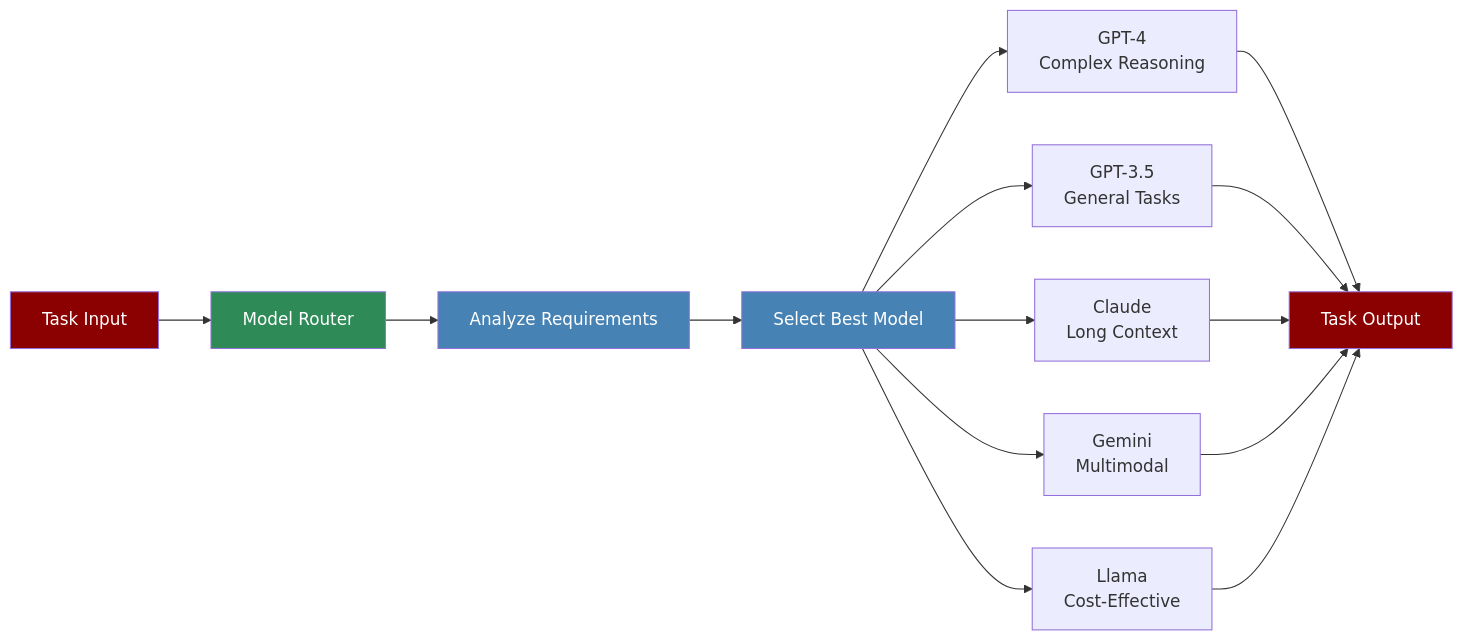
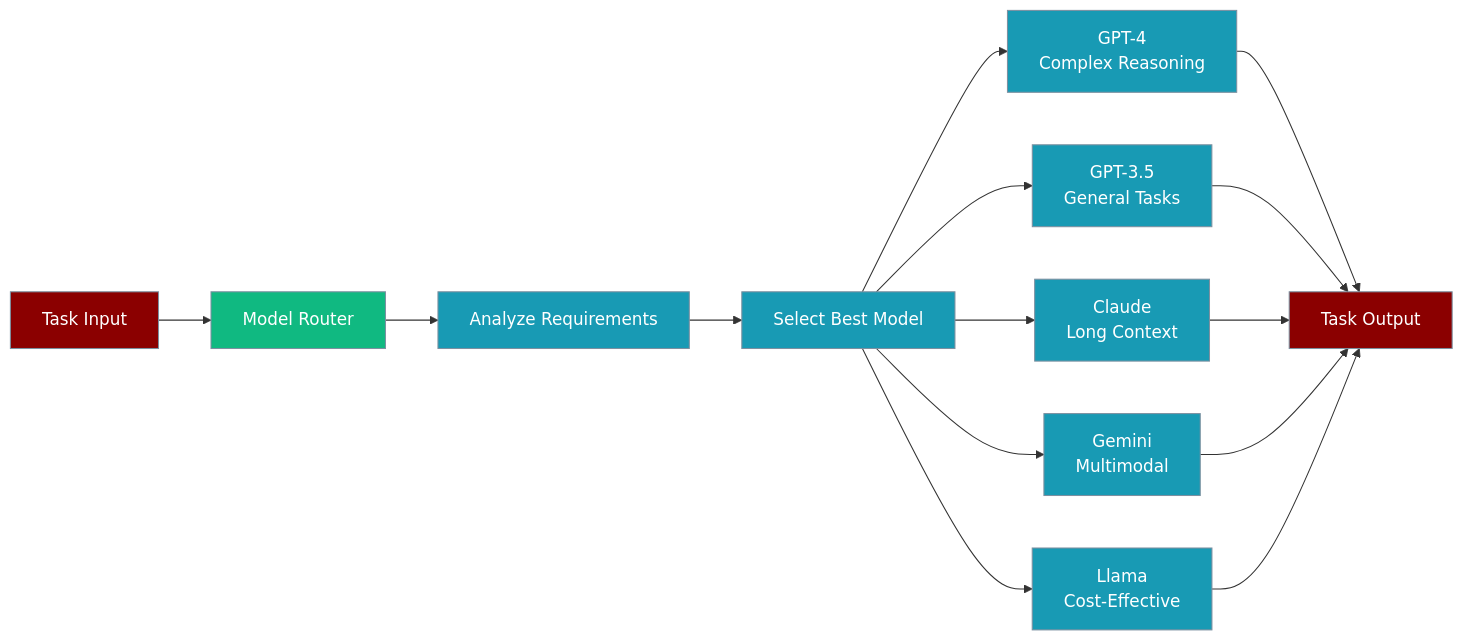
One commit to MervinPraison/PraisonAIDocs changed the diagram in docs/features/model-router.mdx. Above: the diagram before and after it, drawn with Mermaid. The commit also changed other lines of this file and 19 other files, not shown here.

````diff
--- a/docs/features/model-router.mdx
+++ b/docs/features/model-router.mdx
@@ -8,24 +17,25 @@
 ```mermaid
 flowchart LR
     Task[Task Input] --> Router[Model Router]
     Router --> Analyze[Analyze Requirements]
     Analyze --> Select[Select Best Model]
     
     Select --> GPT4[GPT-4<br/>Complex Reasoning]
     Select --> GPT35[GPT-3.5<br/>General Tasks]
     Select --> Claude[Claude<br/>Long Context]
     Select --> Gemini[Gemini<br/>Multimodal]
     Select --> Llama[Llama<br/>Cost-Effective]
     
     GPT4 --> Output[Task Output]
     GPT35 --> Output
     Claude --> Output
     Gemini --> Output
     Llama --> Output
     
-    style Task fill:#8B0000,color:#fff
-    style Router fill:#2E8B57,color:#fff
-    style Analyze fill:#4682B4,color:#fff
-    style Select fill:#4682B4,color:#fff
-    style Output fill:#8B0000,color:#fff
+    classDef agent fill:#8B0000,stroke:#7C90A0,color:#fff
+    classDef tool fill:#189AB4,stroke:#7C90A0,color:#fff
+    classDef route fill:#10B981,stroke:#7C90A0,color:#fff
+    class Task,Output agent
+    class Analyze,Select,GPT4,GPT35,Claude,Gemini,Llama tool
+    class Router route
 ```
````
